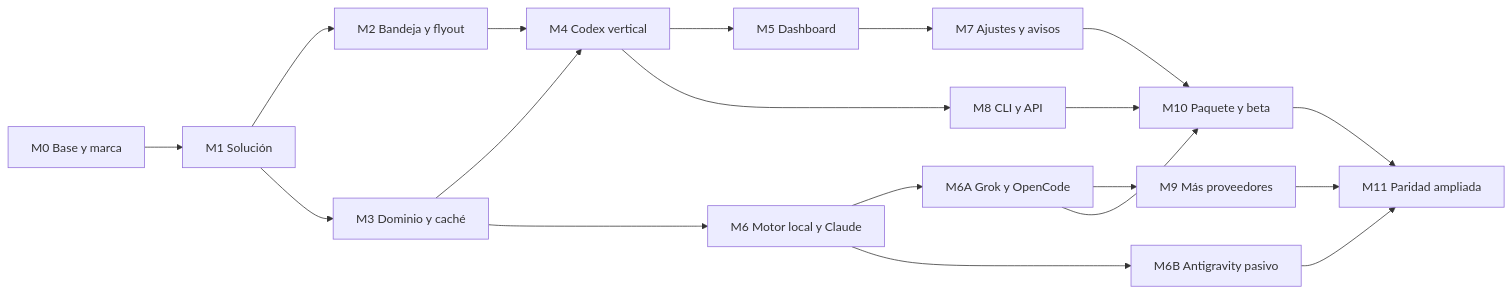
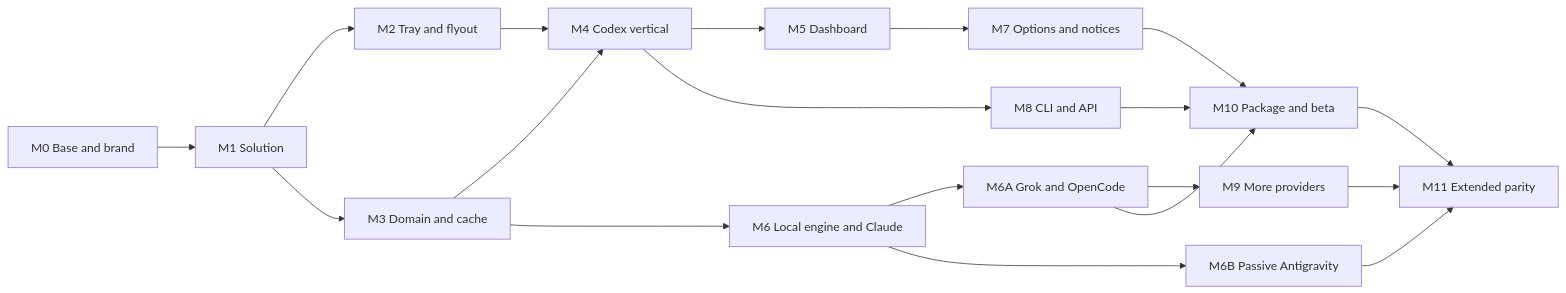
Before and after one commit to gvastethecreator/tokenusage: the diagram in docs/IMPLEMENTATION-PLAN.md, drawn with Mermaid. The commit also changed other lines of this file and 111 other files, not shown here.

Commit message:
docs: initialize documentation suite with architecture ADRs, provider research, product specifications, and assets.

````diff
--- a/docs/IMPLEMENTATION-PLAN.md
+++ b/docs/IMPLEMENTATION-PLAN.md
@@ -70,21 +69,21 @@
 ```mermaid
 flowchart LR
-    M0["M0 Base y marca"] --> M1["M1 Solución"]
-    M1 --> M2["M2 Bandeja y flyout"]
-    M1 --> M3["M3 Dominio y caché"]
+    M0["M0 Base and brand"] --> M1["M1 Solution"]
+    M1 --> M2["M2 Tray and flyout"]
+    M1 --> M3["M3 Domain and cache"]
     M2 --> M4["M4 Codex vertical"]
     M3 --> M4
     M4 --> M5["M5 Dashboard"]
-    M3 --> M6["M6 Motor local y Claude"]
-    M6 --> M6A["M6A Grok y OpenCode"]
-    M6 --> M6B["M6B Antigravity pasivo"]
-    M5 --> M7["M7 Ajustes y avisos"]
-    M4 --> M8["M8 CLI y API"]
-    M6A --> M9["M9 Más proveedores"]
-    M7 --> M10["M10 Paquete y beta"]
+    M3 --> M6["M6 Local engine and Claude"]
+    M6 --> M6A["M6A Grok and OpenCode"]
+    M6 --> M6B["M6B Passive Antigravity"]
+    M5 --> M7["M7 Options and notices"]
+    M4 --> M8["M8 CLI and API"]
+    M6A --> M9["M9 More providers"]
+    M7 --> M10["M10 Package and beta"]
     M8 --> M10
     M6A --> M10
-    M6B --> M11["M11 Paridad ampliada"]
-    M9 --> M11["M11 Paridad ampliada"]
+    M6B --> M11["M11 Extended parity"]
+    M9 --> M11["M11 Extended parity"]
     M10 --> M11
 ```
````
